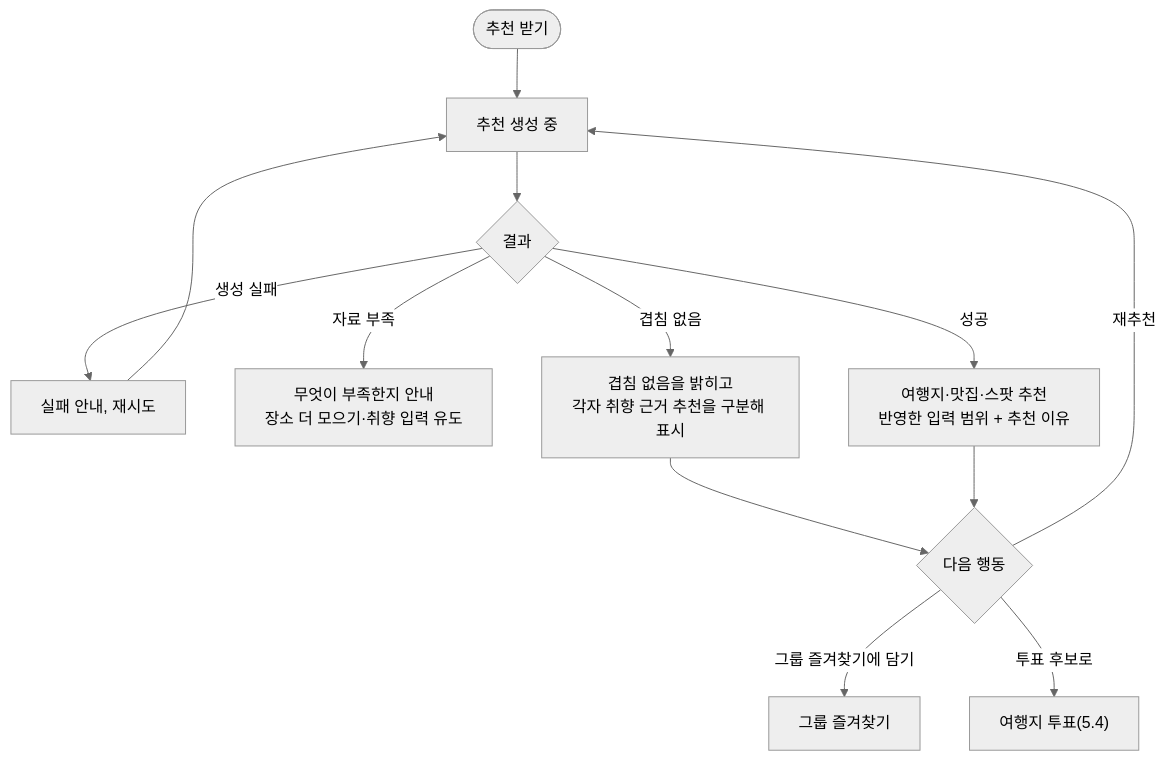
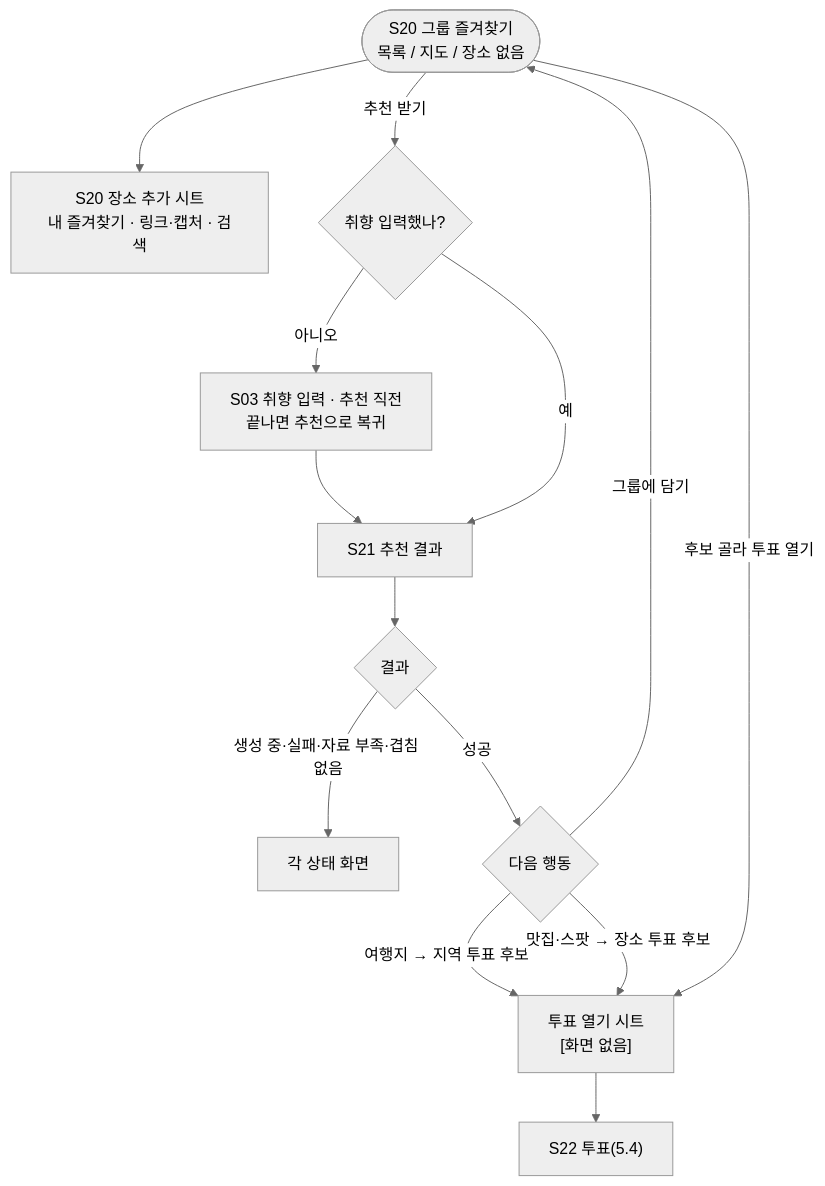
Diagram 12 of 24 in docs/flow/user-flow.md (a204-eodilog/eodilog), drawn with Mermaid (neutral theme) before and after one commit. The commit also changed other lines of this file, not shown here.

````diff
--- a/docs/flow/user-flow.md
+++ b/docs/flow/user-flow.md
@@ -274,14 +285,14 @@
 ```mermaid
 flowchart TD
-    REQ(["추천 받기"]) --> GEN["추천 생성 중"]
-    GEN --> R{"결과"}
-    R -- "생성 실패" --> GFAIL["실패 안내, 재시도"] --> GEN
-    R -- "자료 부족" --> LACK["무엇이 부족한지 안내<br/>장소 더 모으기·취향 입력 유도"]
-    R -- "겹침 없음" --> NOOV["겹침 없음을 밝히고<br/>각자 취향 근거 추천을 구분해 표시"]
-    R -- "성공" --> OK["여행지·맛집·스팟 추천<br/>반영한 입력 범위 + 추천 이유"]
-    NOOV --> USE
-    OK --> USE{"다음 행동"}
-    USE -- "그룹 즐겨찾기에 담기" --> GF["그룹 즐겨찾기"]
-    USE -- "투표 후보로" --> VOTE["여행지 투표(5.4)"]
-    USE -- "재추천" --> GEN
+    S20(["S20 그룹 즐겨찾기<br/>목록 / 지도 / 장소 없음"]) --> ADD["S20 장소 추가 시트<br/>내 즐겨찾기 · 링크·캡처 · 검색"]
+    S20 -- "추천 받기" --> TQ{"취향 입력했나?"}
+    TQ -- "아니오" --> S03["S03 취향 입력 · 추천 직전<br/>끝나면 추천으로 복귀"] --> S21
+    TQ -- "예" --> S21["S21 추천 결과"]
+    S21 --> R{"결과"}
+    R -- "생성 중·실패·자료 부족·겹침 없음" --> ST["각 상태 화면"]
+    R -- "성공" --> NX{"다음 행동"}
+    NX -- "그룹에 담기" --> S20
+    NX -- "여행지 → 지역 투표 후보" --> OPEN
+    NX -- "맛집·스팟 → 장소 투표 후보" --> OPEN
+    S20 -- "후보 골라 투표 열기" --> OPEN["투표 열기 시트<br/>[화면 없음]"] --> S22["S22 투표(5.4)"]
 ```
````
